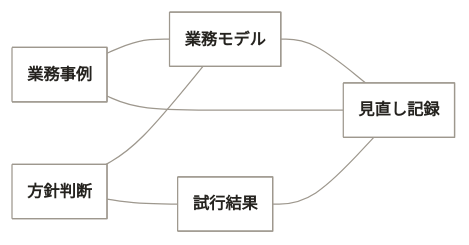
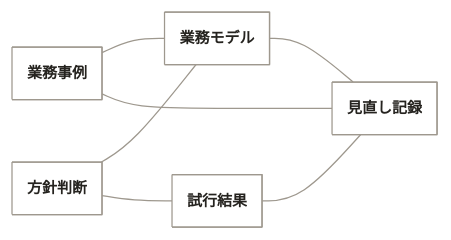
The fourth of 4 diagrams in experiments/fde-product-pivot/visualization/README.md (maakbo/fde), drawn with Mermaid before and after one commit. The commit also changed other lines of this file, not shown here.

````diff
--- a/experiments/fde-product-pivot/visualization/README.md
+++ b/experiments/fde-product-pivot/visualization/README.md
@@ -193,32 +191,32 @@
 ```mermaid
 ---
 config:
   theme: base
   class:
     hideEmptyMembersBox: true
   themeVariables:
     mainBkg: "#FFFFFF"
     nodeBorder: "#9E988E"
     classText: "#25231F"
     lineColor: "#9E988E"
     fontFamily: "Inter, Hiragino Sans, sans-serif"
-    fontSize: "13px"
+    fontSize: "12px"
   themeCSS: ".label-group .label { font-weight: 400 !important; }"
 ---
 classDiagram
   direction LR
   accTitle: FDEの仕事で扱う情報
   accDescr: 業務事例、業務モデル、方針判断、試行結果、見直し記録の関係。
   %% 試行は条件付き。線は根拠・参照先の関係であり、作業順を示さない。
   class i_work_example["業務事例"]
   class i_work_model["業務モデル"]
   class i_direction["方針判断"]
   class i_trial["試行結果"]
   class i_change["見直し記録"]
   i_work_example -- i_work_model
   i_direction -- i_work_model
   i_direction -- i_trial
   i_trial -- i_change
   i_work_example -- i_change
   i_work_model -- i_change
 ```
````
